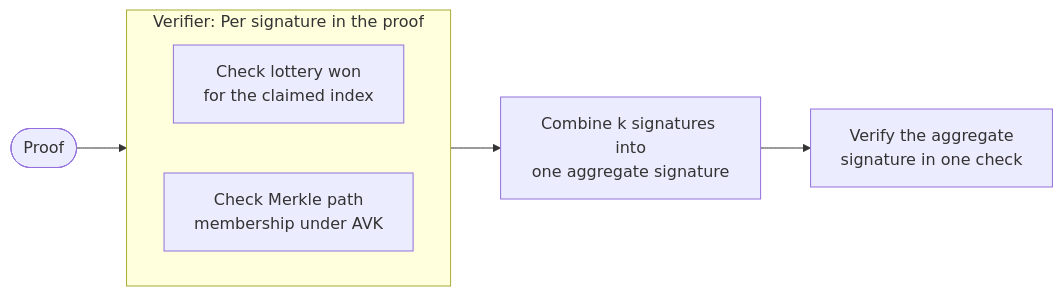
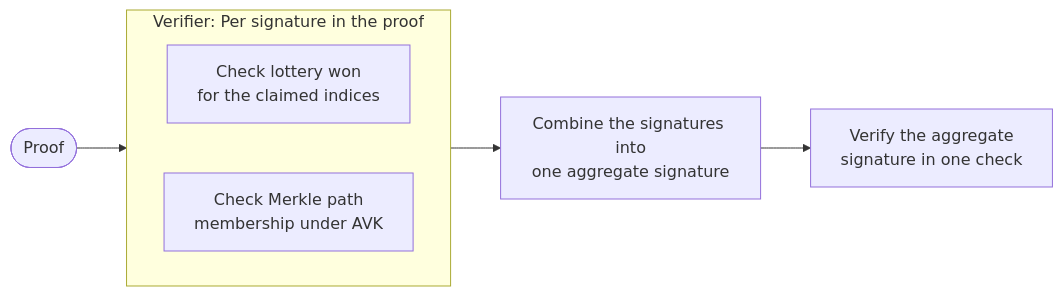
Before and after one commit to IntersectMBO/mithril: the second of 2 diagrams in docs/website/versioned_docs/version-maintained/mithril/advanced/mithril-protocol/aggregation/concatenation.md, drawn with Mermaid. The commit also changed other lines of this file, not shown here.

Commit message:
refactor(doc): reworked the concatenation text to fix mention of k signatures

````diff
--- a/docs/website/versioned_docs/version-maintained/mithril/advanced/mithril-protocol/aggregation/concatenation.md
+++ b/docs/website/versioned_docs/version-maintained/mithril/advanced/mithril-protocol/aggregation/concatenation.md
@@ -28,13 +28,13 @@
 ```mermaid
 flowchart LR
     Proof(["Proof"]) --> Loop2
 
     subgraph Loop2["Verifier: Per signature in the proof"]
         direction LR
-        L2["Check lottery won<br/>for the claimed index"]
+        L2["Check lottery won<br/>for the claimed indices"]
         M2["Check Merkle path<br/>membership under AVK"]
     end
 
-    Loop2 --> Batch["Combine k signatures into<br/>one aggregate signature"]
+    Loop2 --> Batch["Combine the signatures into<br/>one aggregate signature"]
     Batch --> Verify["Verify the aggregate<br/>signature in one check"]
 ```
````
